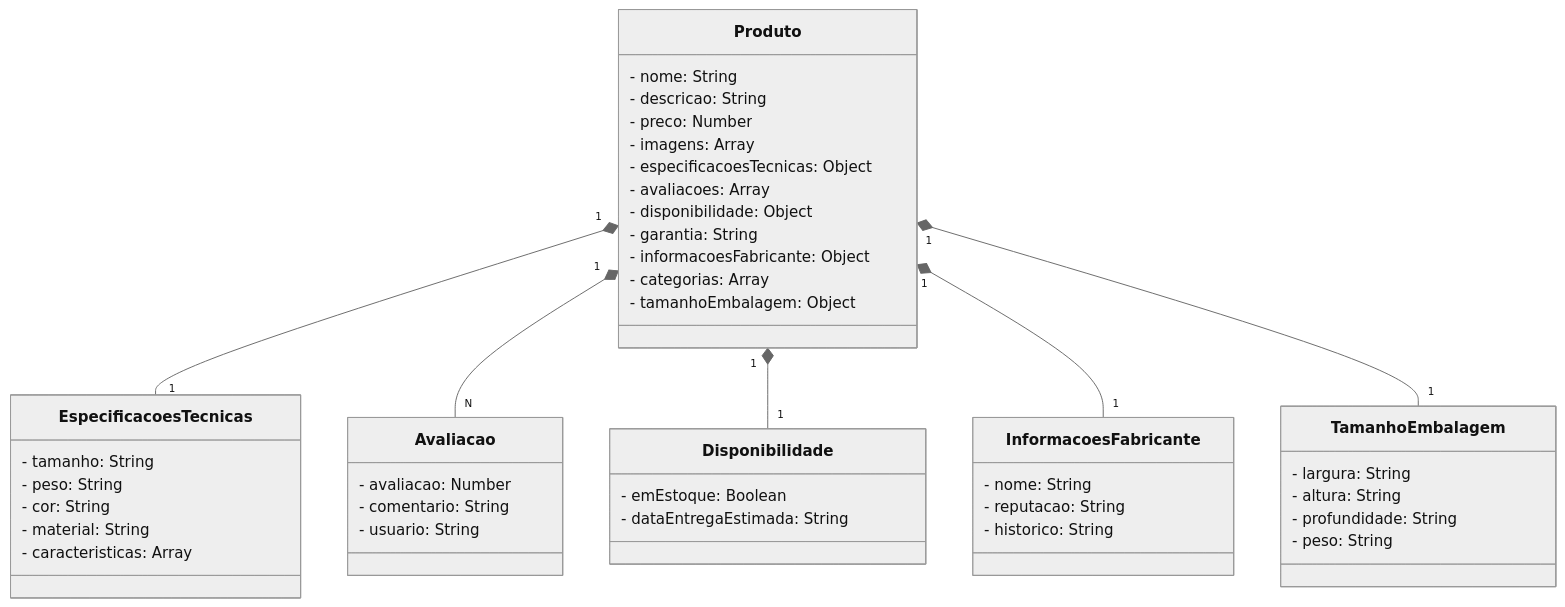
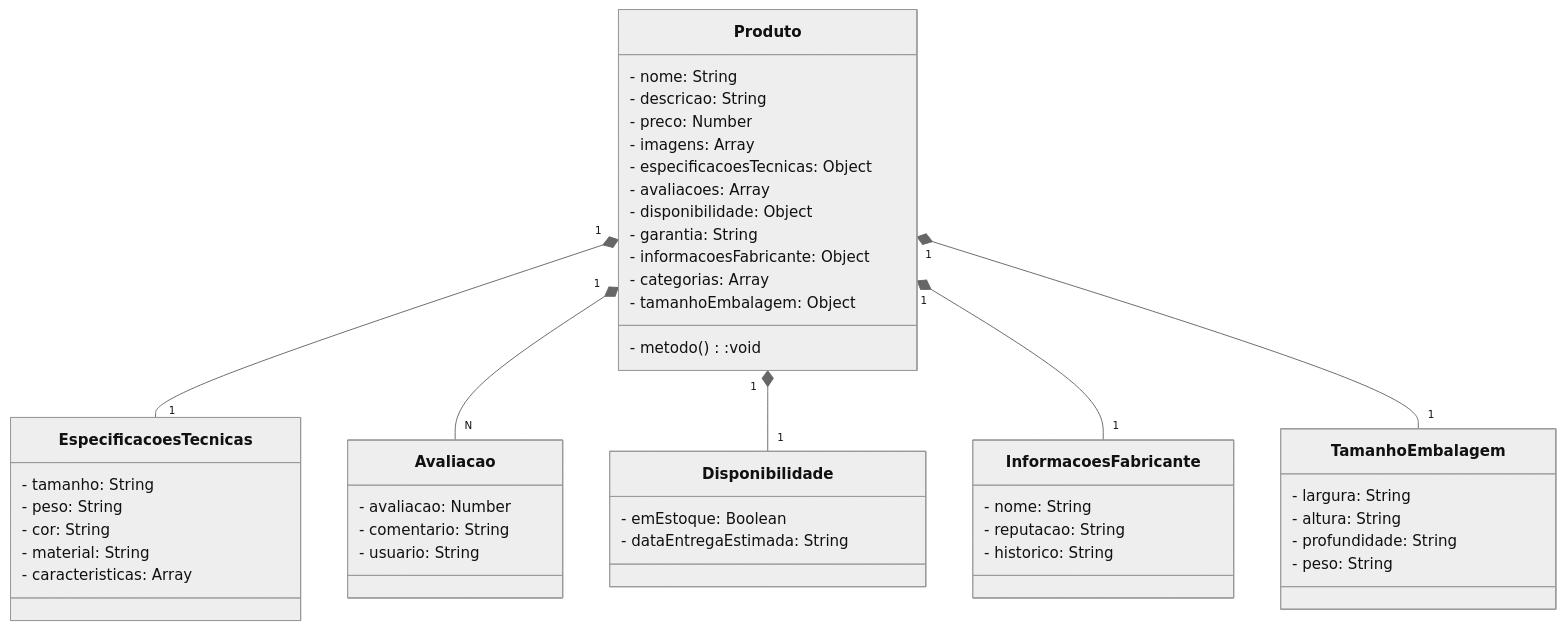
One commit to EdimilsonBorges/api-loja changed the diagram in README.md. Above: the diagram before and after it, drawn with Mermaid (neutral theme). The commit also changed other lines of this file, not shown here.

````diff
--- a/README.md
+++ b/README.md
@@ -12,57 +6,58 @@
 ```mermaid
 
 classDiagram
   class Produto {
     - nome: String
     - descricao: String
     - preco: Number
     - imagens: Array
     - especificacoesTecnicas: Object
     - avaliacoes: Array
     - disponibilidade: Object
     - garantia: String
     - informacoesFabricante: Object
     - categorias: Array
     - tamanhoEmbalagem: Object
+    - metodo():void
   }
 
   class EspecificacoesTecnicas {
     - tamanho: String
     - peso: String
     - cor: String
     - material: String
     - caracteristicas: Array
   }
 
   class Avaliacao {
     - avaliacao: Number
     - comentario: String
     - usuario: String
   }
 
   class Disponibilidade {
     - emEstoque: Boolean
     - dataEntregaEstimada: String
   }
 
   class InformacoesFabricante {
     - nome: String
     - reputacao: String
     - historico: String
   }
 
   class TamanhoEmbalagem {
     - largura: String
     - altura: String
     - profundidade: String
     - peso: String
   }
 
   Produto "1" *-- "1" EspecificacoesTecnicas
   Produto "1" *-- "N" Avaliacao
   Produto "1" *-- "1" Disponibilidade
   Produto "1" *-- "1" InformacoesFabricante
   Produto "1" *-- "1" TamanhoEmbalagem
 
 
 ```
````
